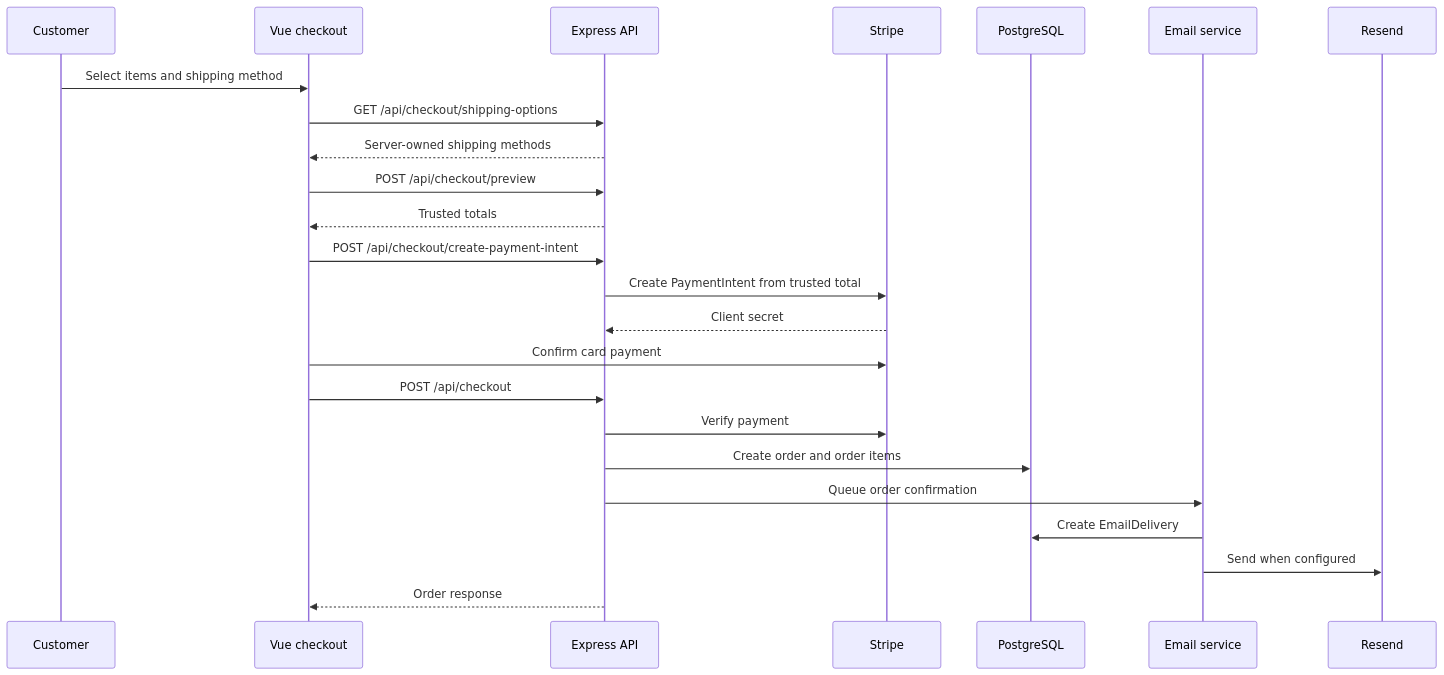
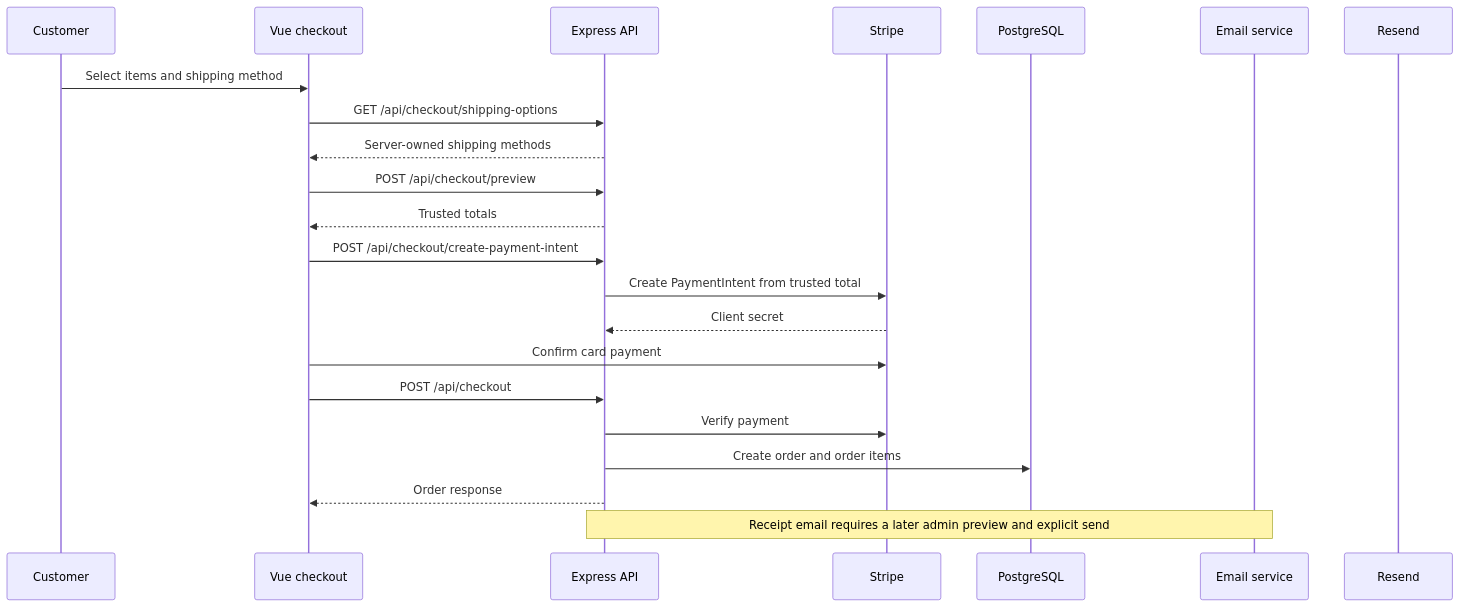
Before and after one commit to alvarezaaronAI/doggy-ent: the second of 4 diagrams in doggy_ent_vue/docs/architecture/mockdiagram.md, drawn with Mermaid. The commit also changed other lines of this file and 101 other files, not shown here.

````diff
--- a/doggy_ent_vue/docs/architecture/mockdiagram.md
+++ b/doggy_ent_vue/docs/architecture/mockdiagram.md
@@ -87,27 +86,25 @@
 ```mermaid
 sequenceDiagram
   participant Customer
   participant Checkout as Vue checkout
   participant API as Express API
   participant Stripe
   participant DB as PostgreSQL
   participant Email as Email service
   participant Resend
 
   Customer->>Checkout: Select items and shipping method
   Checkout->>API: GET /api/checkout/shipping-options
   API-->>Checkout: Server-owned shipping methods
   Checkout->>API: POST /api/checkout/preview
   API-->>Checkout: Trusted totals
   Checkout->>API: POST /api/checkout/create-payment-intent
   API->>Stripe: Create PaymentIntent from trusted total
   Stripe-->>API: Client secret
   Checkout->>Stripe: Confirm card payment
   Checkout->>API: POST /api/checkout
   API->>Stripe: Verify payment
   API->>DB: Create order and order items
-  API->>Email: Queue order confirmation
-  Email->>DB: Create EmailDelivery
-  Email->>Resend: Send when configured
   API-->>Checkout: Order response
+  Note over API,Email: Receipt email requires a later admin preview and explicit send
 ```
````
